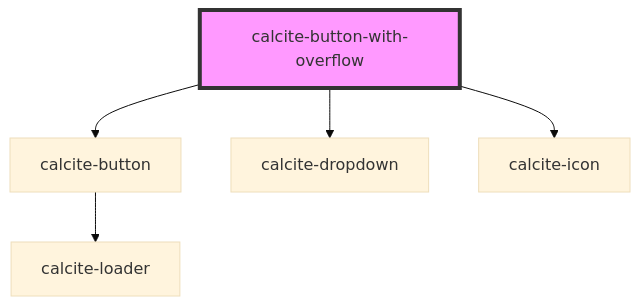
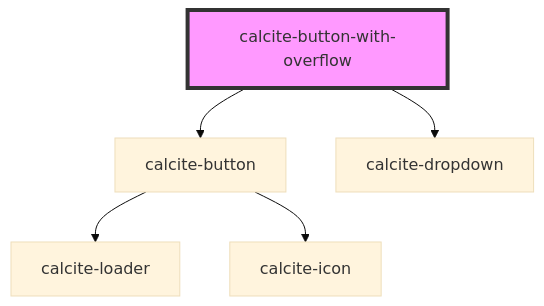
Before and after one commit to vikivakarvc/calcite-design-system: the diagram in src/components/calcite-button-with-overflow/readme.md, drawn with Mermaid (base theme). The commit also changed other lines of this file and 9 other files, not shown here.

````diff
--- a/src/components/calcite-button-with-overflow/readme.md
+++ b/src/components/calcite-button-with-overflow/readme.md
@@ -28,8 +27,8 @@
 ```mermaid
 graph TD;
   calcite-button-with-overflow --> calcite-button
   calcite-button-with-overflow --> calcite-dropdown
-  calcite-button-with-overflow --> calcite-icon
   calcite-button --> calcite-loader
+  calcite-button --> calcite-icon
   style calcite-button-with-overflow fill:#f9f,stroke:#333,stroke-width:4px
 ```
````
